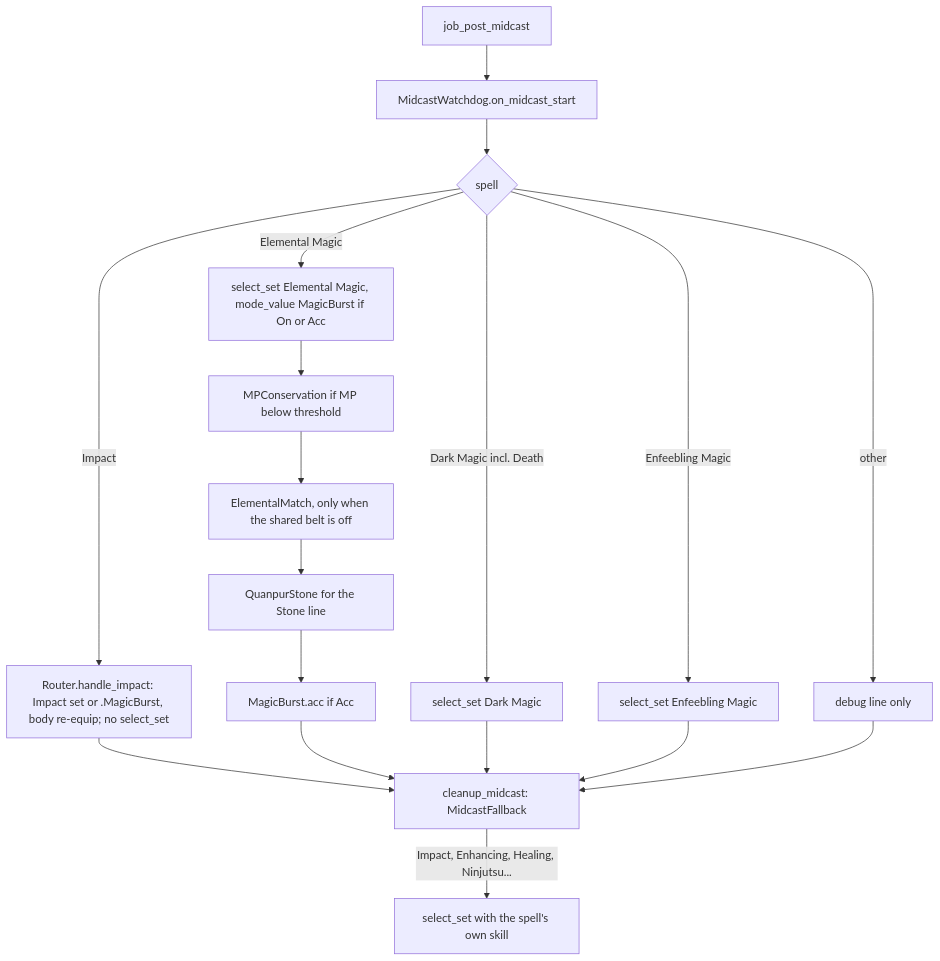
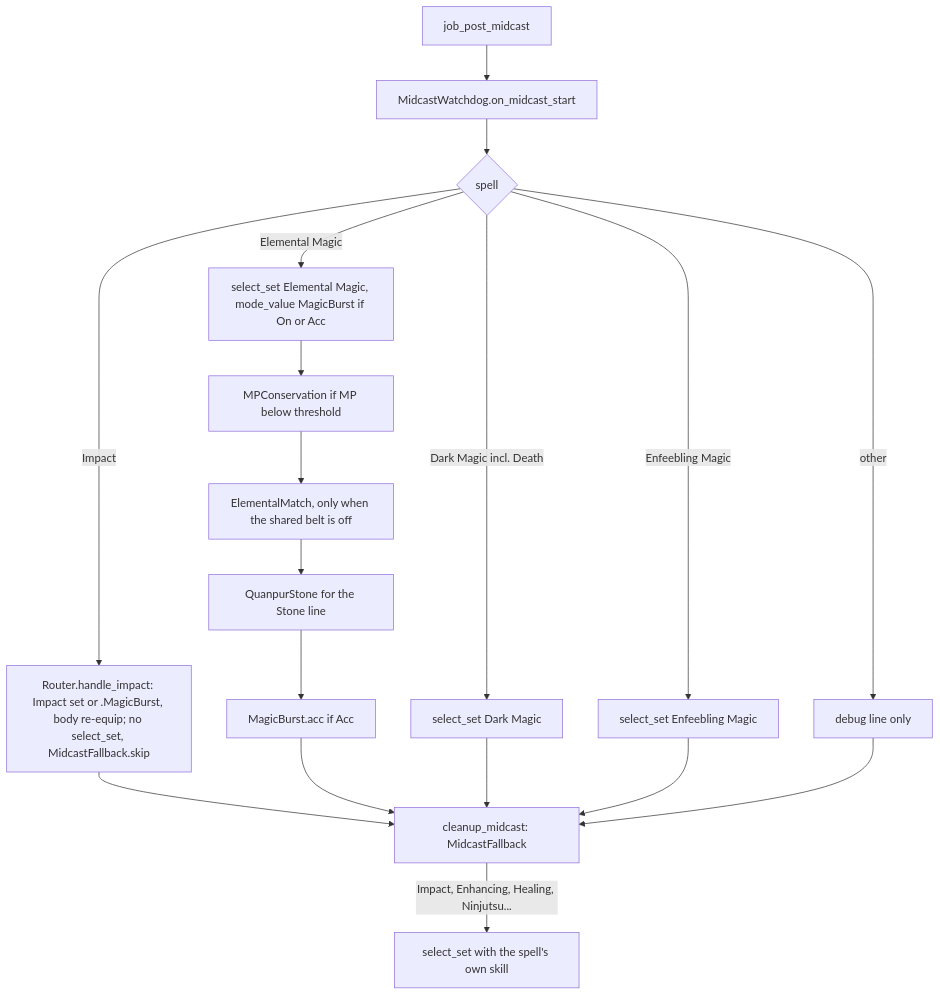
Before and after one commit to ejouanchicot/Gearswap: the fourth of 4 diagrams in docs/dev/jobs/blm.md, drawn with Mermaid. The commit also changed other lines of this file and 14 other files, not shown here.

First line of the commit message:
fix(midcast): the fallback leaves alone spells a job dressed itself

````diff
--- a/docs/dev/jobs/blm.md
+++ b/docs/dev/jobs/blm.md
@@ -239,20 +239,20 @@
 ```mermaid
 flowchart TD
     A[job_post_midcast] --> B[MidcastWatchdog.on_midcast_start]
     B --> C{spell}
-    C -- Impact --> I[Router.handle_impact: Impact set or .MagicBurst, body re-equip; no select_set]
+    C -- Impact --> I[Router.handle_impact: Impact set or .MagicBurst, body re-equip; no select_set, MidcastFallback.skip]
     C -- Elemental Magic --> EM[select_set Elemental Magic, mode_value MagicBurst if On or Acc]
     EM --> O1[MPConservation if MP below threshold]
     O1 --> O2[ElementalMatch, only when the shared belt is off]
     O2 --> O3[QuanpurStone for the Stone line]
     O3 --> O4[MagicBurst.acc if Acc]
     C -- Dark Magic incl. Death --> D[select_set Dark Magic]
     C -- Enfeebling Magic --> F[select_set Enfeebling Magic]
     C -- other --> N[debug line only]
     I --> FB[cleanup_midcast: MidcastFallback]
     O4 --> FB
     D --> FB
     F --> FB
     N --> FB
     FB -- Impact, Enhancing, Healing, Ninjutsu... --> R2[select_set with the spell's own skill]
 ```
````
